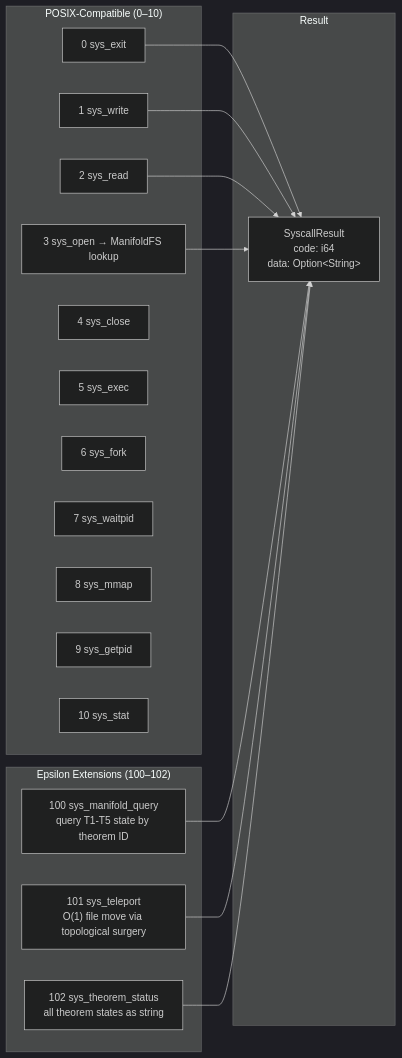
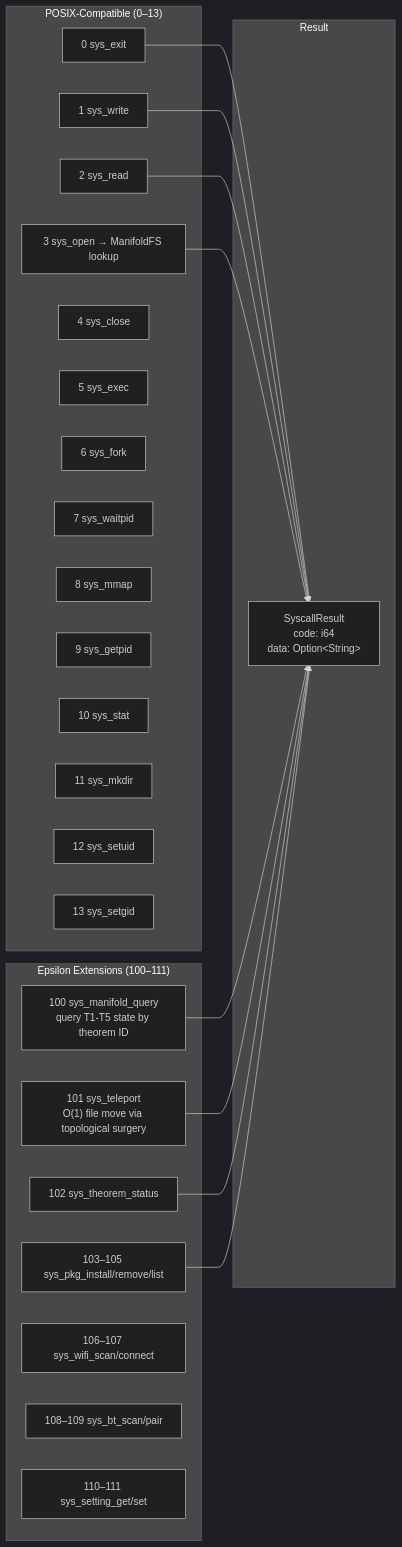
The seventh of 15 diagrams in README.md (teerthsharma/Epsilon-Hollow), drawn with Mermaid (dark theme) before and after one commit. The commit also changed other lines of this file and 21 other files, not shown here.

````diff
--- a/README.md
+++ b/README.md
@@ -344,28 +371,35 @@
 ```mermaid
 graph LR
-    subgraph "POSIX-Compatible (0–10)"
+    subgraph "POSIX-Compatible (0–13)"
         S0["0 sys_exit"]
         S1["1 sys_write"]
         S2["2 sys_read"]
         S3["3 sys_open → ManifoldFS lookup"]
         S4["4 sys_close"]
         S5["5 sys_exec"]
         S6["6 sys_fork"]
         S7["7 sys_waitpid"]
         S8["8 sys_mmap"]
         S9["9 sys_getpid"]
         S10["10 sys_stat"]
+        S11["11 sys_mkdir"]
+        S12["12 sys_setuid"]
+        S13["13 sys_setgid"]
     end
 
-    subgraph "Epsilon Extensions (100–102)"
+    subgraph "Epsilon Extensions (100–111)"
         S100["100 sys_manifold_query<br/>query T1-T5 state by theorem ID"]
         S101["101 sys_teleport<br/>O(1) file move via topological surgery"]
-        S102["102 sys_theorem_status<br/>all theorem states as string"]
+        S102["102 sys_theorem_status"]
+        S103["103–105 sys_pkg_install/remove/list"]
+        S106["106–107 sys_wifi_scan/connect"]
+        S108["108–109 sys_bt_scan/pair"]
+        S110["110–111 sys_setting_get/set"]
     end
 
     subgraph "Result"
         RES["SyscallResult<br/>code: i64<br/>data: Option&lt;String&gt;"]
     end
 
-    S0 & S1 & S2 & S3 & S100 & S101 & S102 --> RES
+    S0 & S1 & S2 & S3 & S100 & S101 & S102 & S103 --> RES
 ```
````
